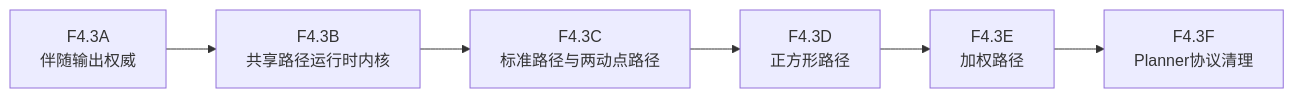
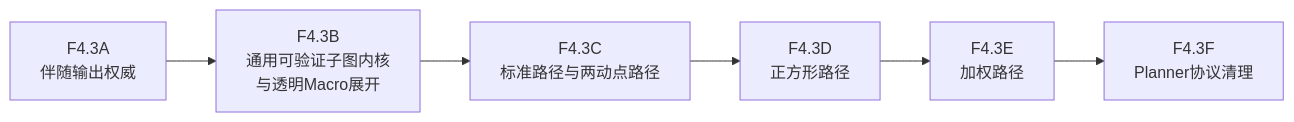
Before and after one commit to rongchenxu100/shuxueshuo: the third of 4 diagrams in docs/path-minimum-macro-redesign.md, drawn with Mermaid. The commit also changed other lines of this file and 149 other files, not shown here.

````diff
--- a/docs/path-minimum-macro-redesign.md
+++ b/docs/path-minimum-macro-redesign.md
@@ -419,11 +740,11 @@
 ```mermaid
 flowchart LR
   A["F4.3A<br/>伴随输出权威"]
-  B["F4.3B<br/>共享路径运行时内核"]
+  B["F4.3B<br/>通用可验证子图内核<br/>与透明Macro展开"]
   C["F4.3C<br/>标准路径与两动点路径"]
   D["F4.3D<br/>正方形路径"]
   E["F4.3E<br/>加权路径"]
   F["F4.3F<br/>Planner协议清理"]
 
   A --> B --> C --> D --> E --> F
 ```
````
